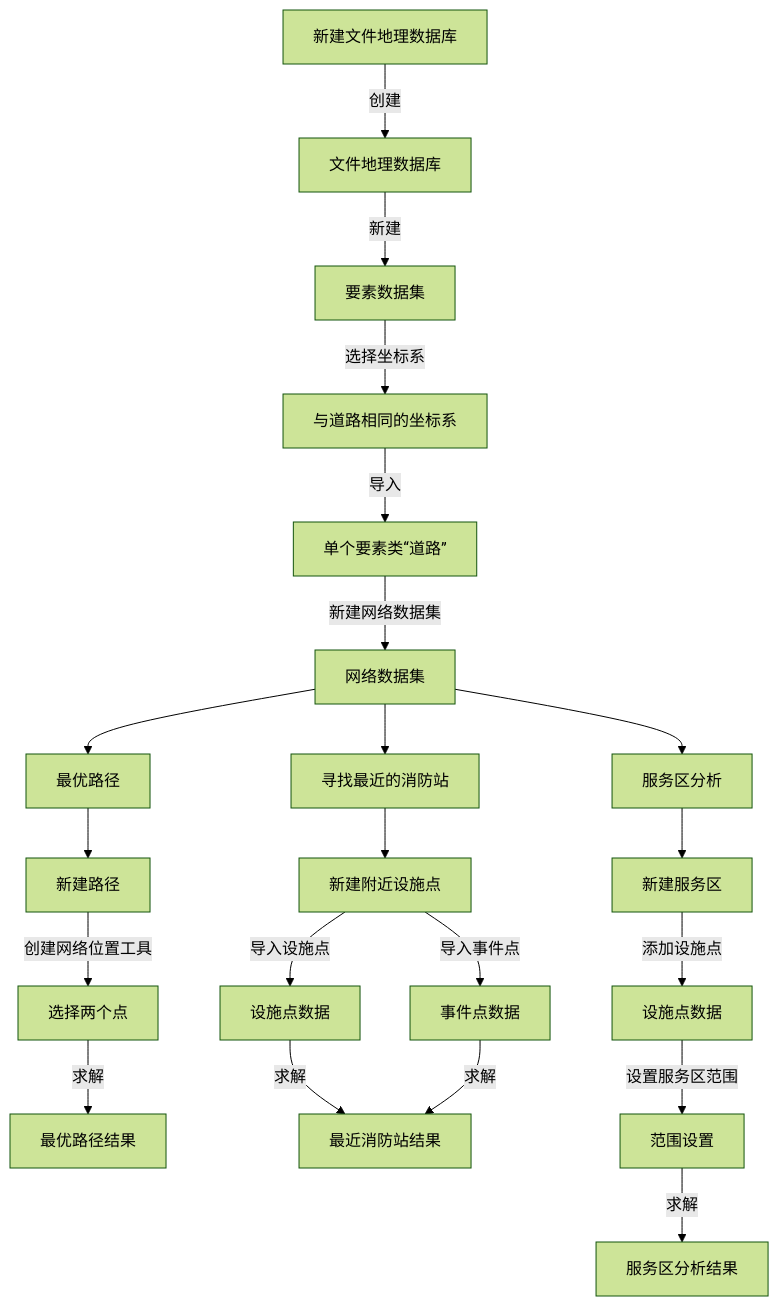
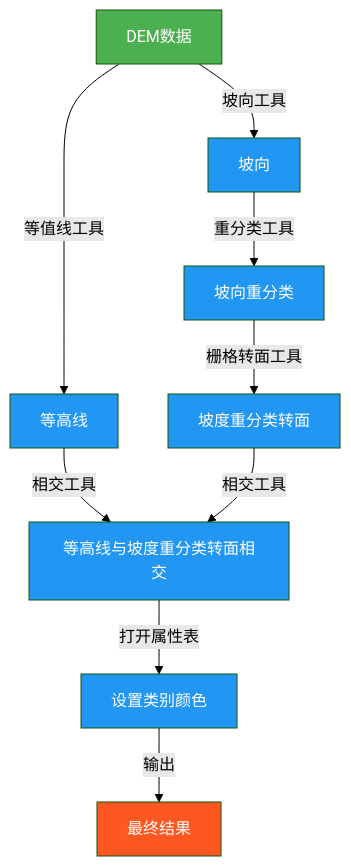
Before and after one commit to newguser/iodraw-files: the diagram in all/未命名.md, drawn with Mermaid (forest theme).

Commit message:
2025-02-27 21:26:06 update

````diff
--- a/all/未命名.md
+++ b/all/未命名.md
@@ -1,24 +1,16 @@
 ```mermaid
 graph TD
-    A[新建文件地理数据库] -->|创建| B[文件地理数据库]
-    B -->|新建| C[要素数据集]
-    C -->|选择坐标系| D[与道路相同的坐标系]
-    D -->|导入| E[单个要素类“道路”]
-    E -->|新建网络数据集| F[网络数据集]
-    
-    F[网络数据集] -->H[最优路径]
-    F[网络数据集] -->I[寻找最近的消防站]
-    F[网络数据集] -->J[服务区分析]
-    H[最优路径]-->H1[新建路径]
-    H1[新建路径] -->|创建网络位置工具| H2[选择两个点]
-        H2 -->|求解| H3[最优路径结果]
-    I[寻找最近的消防站]-->I1[新建附近设施点]
-    I1[新建附近设施点] -->|导入设施点| I2[设施点数据]
-        I1 -->|导入事件点| I3[事件点数据]
-        I2 -->|求解| I4[最近消防站结果]
-        I3 -->|求解| I4
-    J[服务区分析] -->J1[新建服务区]
-     J1[新建服务区] -->|添加设施点| J2[设施点数据]
-        J2 -->|设置服务区范围| J3[范围设置]
-        J3 -->|求解| J4[服务区分析结果]
+    A[DEM数据] -->|等值线工具| B[等高线]
+    A -->|坡向工具| C[坡向]
+    C -->|重分类工具| D[坡向重分类]
+    D -->|栅格转面工具| E[坡度重分类转面]
+    B -->|相交工具| F[等高线与坡度重分类转面相交]
+    E -->|相交工具| F
+    F -->|打开属性表| G[设置类别颜色]
+    G -->|输出| H[最终结果]
+
+    style A fill:#4CAF50,color:white
+    style H fill:#FF5722,color:white
+    classDef process fill:#2196F3,color:white;
+    class B,C,D,E,F,G process
 ```
````
